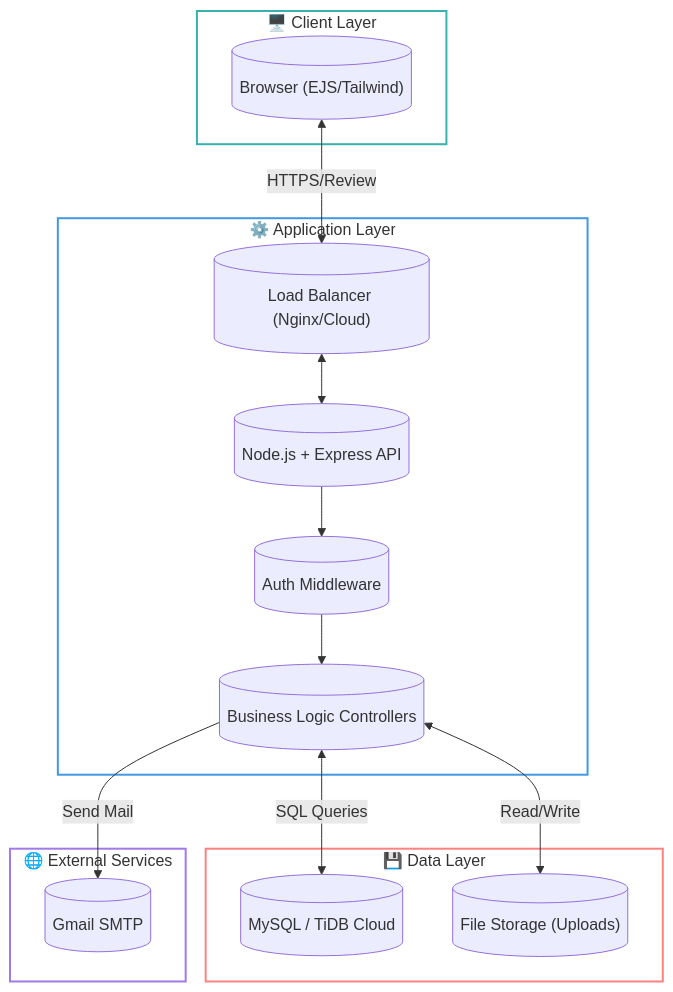
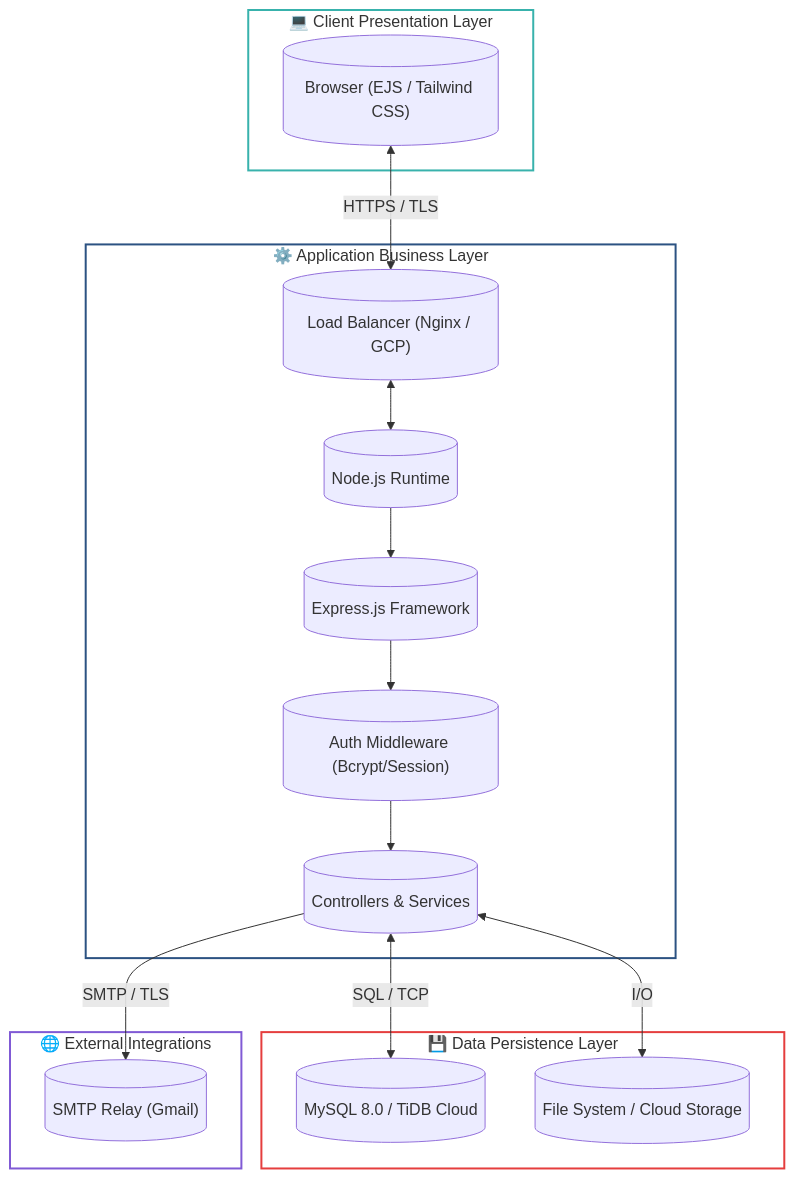
The diagram in README.md (Interns-MQI-25/project-interns), drawn with Mermaid before and after one commit. The commit also changed other lines of this file, not shown here.

````diff
--- a/README.md
+++ b/README.md
@@ -132,35 +71,37 @@
 ```mermaid
 graph TD
-    subgraph Client ["🖥️ Client Layer"]
-        Browser[("Browser (EJS/Tailwind)")]
+    subgraph Client ["💻 Client Presentation Layer"]
+        Browser[("Browser (EJS / Tailwind CSS)")]
     end
 
-    subgraph Server ["⚙️ Application Layer"]
-        LB[("Load Balancer (Nginx/Cloud)")]
-        Node[("Node.js + Express API")]
-        Auth[("Auth Middleware")]
-        Logic[("Business Logic Controllers")]
+    subgraph Server ["⚙️ Application Business Layer"]
+        LB[("Load Balancer (Nginx / GCP)")]
+        Node[("Node.js Runtime")]
+        Express[("Express.js Framework")]
+        Auth[("Auth Middleware (Bcrypt/Session)")]
+        Logic[("Controllers & Services")]
     end
 
-    subgraph Data ["💾 Data Layer"]
-        DB[("MySQL / TiDB Cloud")]
-        FS[("File Storage (Uploads)")]
+    subgraph Data ["💾 Data Persistence Layer"]
+        DB[("MySQL 8.0 / TiDB Cloud")]
+        FS[("File System / Cloud Storage")]
     end
 
-    subgraph External ["🌐 External Services"]
-        SMTP[("Gmail SMTP")]
+    subgraph Ext ["🌐 External Integrations"]
+        SMTP[("SMTP Relay (Gmail)")]
     end
 
-    Browser <-->|HTTPS/Review| LB
+    Browser <-->|HTTPS / TLS| LB
     LB <--> Node
-    Node --> Auth
+    Node --> Express
+    Express --> Auth
     Auth --> Logic
-    Logic <-->|SQL Queries| DB
-    Logic <-->|Read/Write| FS
-    Logic -->|Send Mail| SMTP
+    Logic <-->|SQL / TCP| DB
+    Logic <-->|I/O| FS
+    Logic -->|SMTP / TLS| SMTP
 
     style Client fill:transparent,stroke:#38b2ac,stroke-width:2px
-    style Server fill:transparent,stroke:#4299e1,stroke-width:2px
-    style Data fill:transparent,stroke:#fc8181,stroke-width:2px
-    style External fill:transparent,stroke:#9f7aea,stroke-width:2px
+    style Server fill:transparent,stroke:#2c5282,stroke-width:2px
+    style Data fill:transparent,stroke:#e53e3e,stroke-width:2px
+    style Ext fill:transparent,stroke:#805ad5,stroke-width:2px
 ```
````
